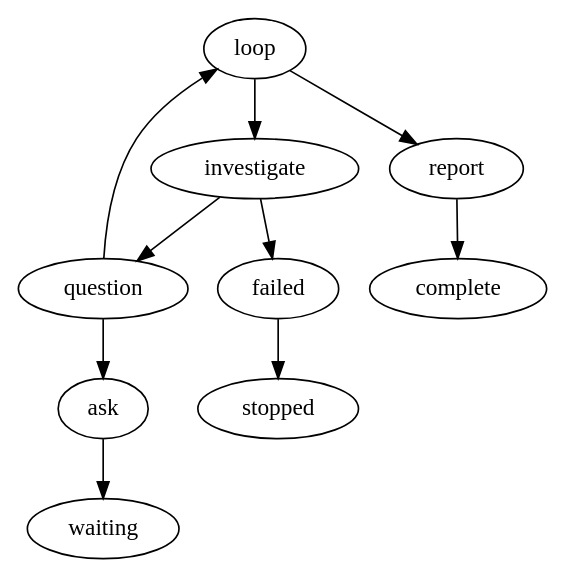
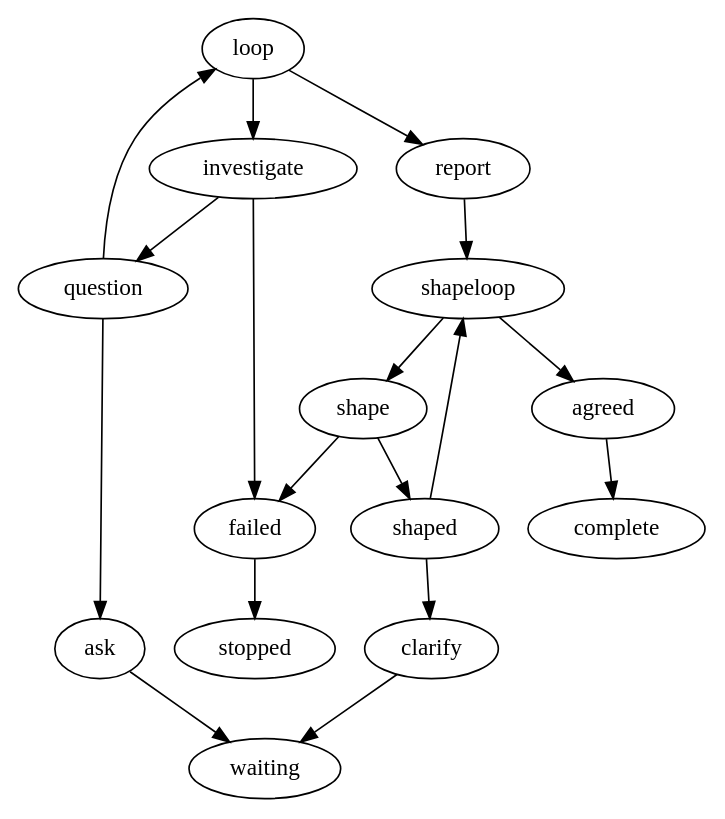
The diagram in internal/teamsource/research/research.dot (marioatcloudvane/litefactory), drawn with Graphviz before and after one commit. The commit also changed 14 other files, not shown here.

```diff
--- a/internal/teamsource/research/research.dot
+++ b/internal/teamsource/research/research.dot
@@ -1,27 +1,28 @@
-// One owner-authorized stage, one reasoning role. Limits persist across replies.
-// Every loop, branch and comment names the agent whose response it reads. A second
-// stage is ready in shaping.md and cannot be wired until a graph instance can be
-// given a run of its own: one comment causes at most one run, so a second agent
-// needs the daemon's due-work admission path, which is still unwired.
-// The ask default initializes only the first loop evaluation.
+// Two owner-authorized stages, each one reasoning role. Limits persist across replies.
+// Every loop, branch and comment names the agent whose response it reads, so the
+// shaping stage bootstraps from its own default instead of inheriting
+// clarification's. One run advances one stage: publishing the report parks the
+// instance and a graph dispatch carries it into the run that continues it.
+// The ask default initializes only the first evaluation of each stage.
 digraph research {
  graph [team="builtin", mode="research", profile_version="1", start="loop"];
  loop [lf_action="lf_research_loop", lf_outcomes="true,false", lf_field="response", lf_condition="ask", lf_default="ask", lf_limit="8", lf_source="investigate"];
  investigate [lf_action="lf_research_agent", lf_outcomes="success,failed", lf_agent_markdown="research", lf_skills="research-evidence", lf_limit="8"];
  question [lf_action="lf_research_if", lf_outcomes="true,false", lf_field="response", lf_condition="ask", lf_limit="8", lf_source="investigate"];
  ask [lf_action="lf_research_comment", lf_outcomes="published", lf_kind="question", lf_limit="8", lf_source="investigate"];
  report [lf_action="lf_research_comment", lf_outcomes="published", lf_kind="final", lf_limit="1", lf_source="investigate"];
+ shapeloop [lf_action="lf_research_loop", lf_outcomes="true,false", lf_field="response", lf_condition="ask", lf_default="ask", lf_limit="8", lf_source="shape"];
+ shape [lf_action="lf_research_agent", lf_outcomes="success,failed", lf_agent_markdown="shaping", lf_skills="research-evidence", lf_limit="8"];
+ shaped [lf_action="lf_research_if", lf_outcomes="true,false", lf_field="response", lf_condition="ask", lf_limit="8", lf_source="shape"];
+ clarify [lf_action="lf_research_comment", lf_outcomes="published", lf_kind="question", lf_limit="8", lf_source="shape"];
+ agreed [lf_action="lf_research_comment", lf_outcomes="published", lf_kind="final", lf_limit="1", lf_source="shape"];
  failed [lf_action="lf_research_comment", lf_outcomes="published", lf_kind="failure", lf_limit="1"];
- waiting [lf_terminal="true"];
- complete [lf_terminal="true"];
- stopped [lf_terminal="true"];
- loop -> investigate [lf_on="true"];
- loop -> report [lf_on="false"];
- investigate -> question [lf_on="success"];
- question -> ask [lf_on="true"];
- question -> loop [lf_on="false"];
- ask -> waiting [lf_on="published"];
- report -> complete [lf_on="published"];
- investigate -> failed [lf_on="failed"];
- failed -> stopped [lf_on="published"];
+ waiting [lf_terminal="true"];complete [lf_terminal="true"];stopped [lf_terminal="true"];
+ loop -> investigate [lf_on="true"];loop -> report [lf_on="false"];
+ investigate -> question [lf_on="success"];question -> ask [lf_on="true"];question -> loop [lf_on="false"];
+ ask -> waiting [lf_on="published"];report -> shapeloop [lf_on="published"];
+ shapeloop -> shape [lf_on="true"];shapeloop -> agreed [lf_on="false"];
+ shape -> shaped [lf_on="success"];shaped -> clarify [lf_on="true"];shaped -> shapeloop [lf_on="false"];
+ clarify -> waiting [lf_on="published"];agreed -> complete [lf_on="published"];
+ investigate -> failed [lf_on="failed"];shape -> failed [lf_on="failed"];failed -> stopped [lf_on="published"];
 }
```
